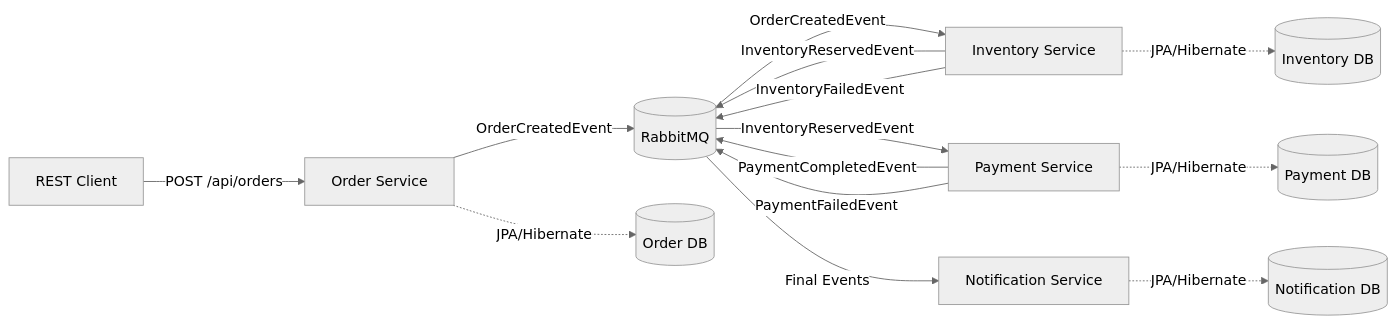
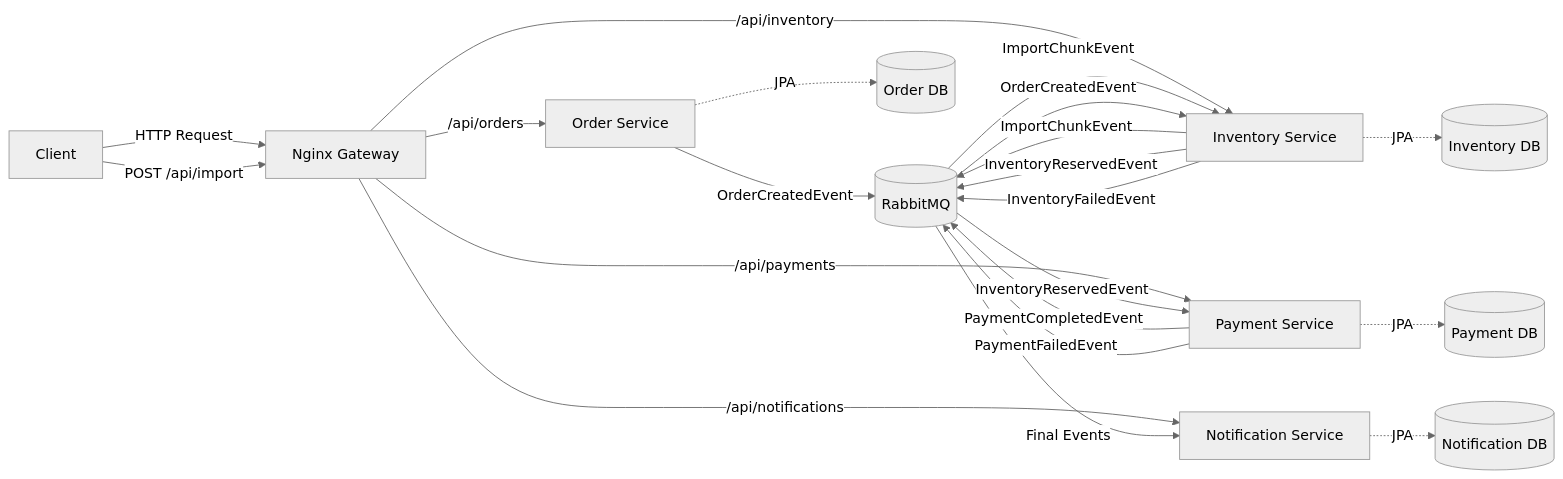
The diagram in README.md (zahid-aiub/shop-rabbitmq), drawn with Mermaid (neutral theme) before and after one commit. The commit also changed other lines of this file and 7 other files, not shown here.

````diff
--- a/README.md
+++ b/README.md
@@ -7,17 +7,28 @@
 ```mermaid
 graph LR
-    Client[REST Client] -->|POST /api/orders| OrderService[Order Service]
-    OrderService -->|OrderCreatedEvent| RabbitMQ[(RabbitMQ)]
-    RabbitMQ -->|OrderCreatedEvent| InventoryService[Inventory Service]
+    Client[Client] -->|HTTP Request| Nginx[Nginx Gateway]
+    Nginx -->|/api/orders| OrderService[Order Service]
+    Nginx -->|/api/inventory| InventoryService[Inventory Service]
+    Nginx -->|/api/payments| PaymentService[Payment Service]
+    Nginx -->|/api/notifications| NotificationService[Notification Service]
+    
+    %% CSV Import Flow
+    Client -->|POST /api/import| Nginx
+    InventoryService -->|ImportChunkEvent| RabbitMQ[(RabbitMQ)]
+    RabbitMQ -->|ImportChunkEvent| InventoryService
+    
+    %% Order Flow
+    OrderService -->|OrderCreatedEvent| RabbitMQ
+    RabbitMQ -->|OrderCreatedEvent| InventoryService
     InventoryService -->|InventoryReservedEvent| RabbitMQ
     InventoryService -->|InventoryFailedEvent| RabbitMQ
-    RabbitMQ -->|InventoryReservedEvent| PaymentService[Payment Service]
+    RabbitMQ -->|InventoryReservedEvent| PaymentService
     PaymentService -->|PaymentCompletedEvent| RabbitMQ
     PaymentService -->|PaymentFailedEvent| RabbitMQ
-    RabbitMQ -->|Final Events| NotificationService[Notification Service]
+    RabbitMQ -->|Final Events| NotificationService
     
-    OrderService -.->|JPA/Hibernate| OrderDB[(Order DB)]
-    InventoryService -.->|JPA/Hibernate| InventoryDB[(Inventory DB)]
-    PaymentService -.->|JPA/Hibernate| PaymentDB[(Payment DB)]
-    NotificationService -.->|JPA/Hibernate| NotificationDB[(Notification DB)]
+    OrderService -.->|JPA| OrderDB[(Order DB)]
+    InventoryService -.->|JPA| InventoryDB[(Inventory DB)]
+    PaymentService -.->|JPA| PaymentDB[(Payment DB)]
+    NotificationService -.->|JPA| NotificationDB[(Notification DB)]
 ```
````
